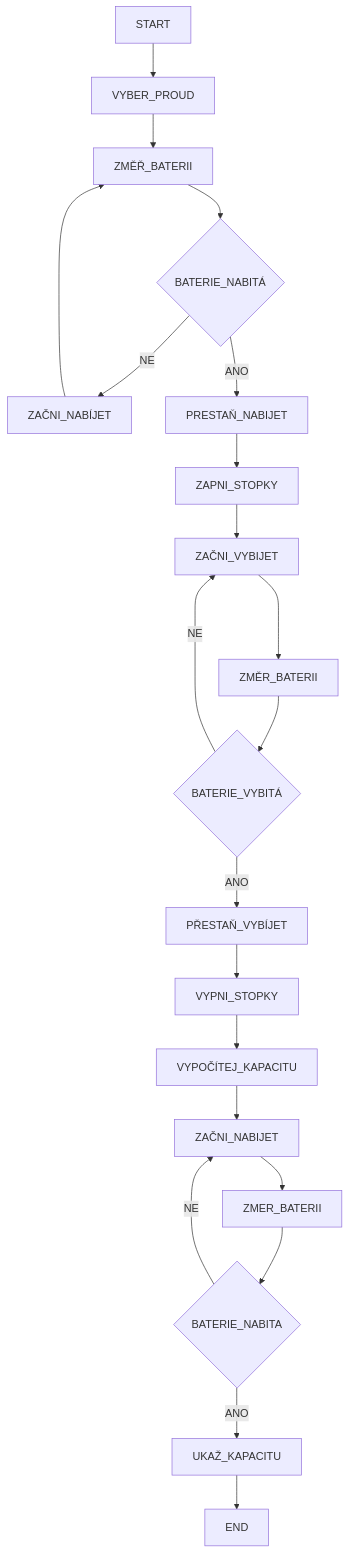
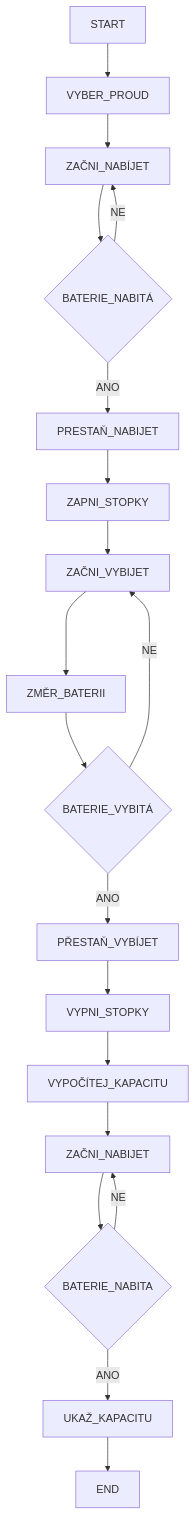
One commit to kolda-j/stm8_battery_tester changed the diagram in README.md. Above: the diagram before and after it, drawn with Mermaid.

````diff
--- a/README.md
+++ b/README.md
@@ -69,10 +69,10 @@
 ```mermaid
 graph TB
-START -->VYBER_PROUD-->ZMĚŘ_BATERII
-ZMĚŘ_BATERII --> B{BATERIE_NABITÁ} --> |NE| ZAČNI_NABÍJET --> ZMĚŘ_BATERII 
+START -->VYBER_PROUD--> ZAČNI_NABÍJET --> B{BATERIE_NABITÁ}
+B --> |NE| ZAČNI_NABÍJET
 B --> |ANO| PRESTAŇ_NABIJET --> ZAPNI_STOPKY --> ZAČNI_VYBIJET---> ZMĚR_BATERII
 ZMĚR_BATERII --> C{BATERIE_VYBITÁ} --> |NE| ZAČNI_VYBIJET
 C --> |ANO| PŘESTAŇ_VYBÍJET --> VYPNI_STOPKY 
-VYPNI_STOPKY --> VYPOČÍTEJ_KAPACITU --> ZAČNI_NABIJET --> ZMER_BATERII --> D{BATERIE_NABITA} --> |NE| ZAČNI_NABIJET
+VYPNI_STOPKY --> VYPOČÍTEJ_KAPACITU --> ZAČNI_NABIJET --> D{BATERIE_NABITA} --> |NE| ZAČNI_NABIJET
 D --> |ANO| UKAŽ_KAPACITU --> END
 ```
````
